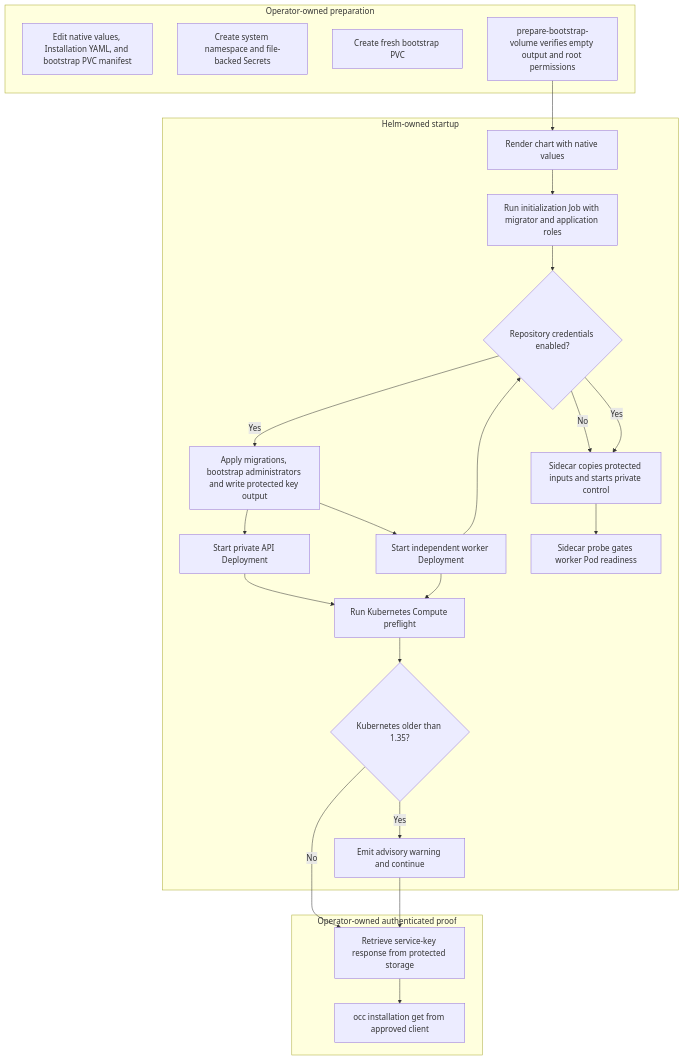
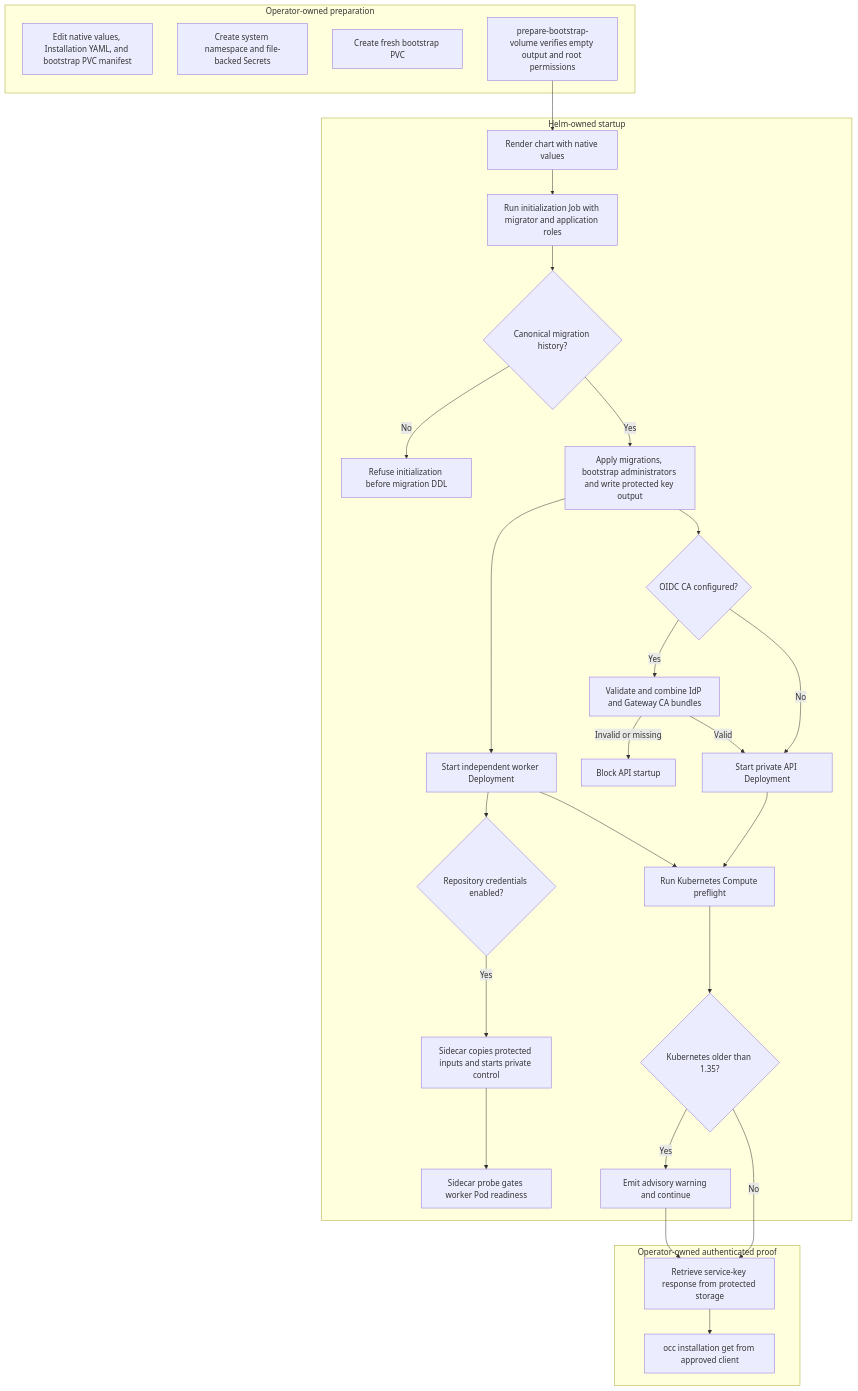
Before and after one commit to openclaw/openclaw-enterprise: the diagram in docs/flows/production-startup.md, drawn with Mermaid. The commit also changed other lines of this file and 16 other files, not shown here.

First line of the commit message:
feat(helm): add API trust for private OIDC CAs

````diff
--- a/docs/flows/production-startup.md
+++ b/docs/flows/production-startup.md
@@ -38,30 +37,34 @@
 ```mermaid
 graph TD
     subgraph Operator["Operator-owned preparation"]
         A["Edit native values, Installation YAML, and bootstrap PVC manifest"]
         B["Create system namespace and file-backed Secrets"]
         C["Create fresh bootstrap PVC"]
         D["prepare-bootstrap-volume verifies empty output and root permissions"]
     end
     subgraph Helm["Helm-owned startup"]
         D --> E["Render chart with native values"]
         E --> F["Run initialization Job with migrator and application roles"]
         F --> O{"Canonical migration history?"}
         O -->|No| P["Refuse initialization before migration DDL"]
         O -->|Yes| G["Apply migrations, bootstrap administrators and write protected key output"]
-        G --> H["Start private API Deployment"]
+        G --> CA{"OIDC CA configured?"}
+        CA -->|No| H["Start private API Deployment"]
+        CA -->|Yes| CB["Validate and combine IdP and Gateway CA bundles"]
+        CB -->|Valid| H
+        CB -->|Invalid or missing| CF["Block API startup"]
         G --> I["Start independent worker Deployment"]
-        I --> O{"Repository credentials enabled?"}
-        O -->|Yes| P["Sidecar copies protected inputs and starts private control"]
-        P --> Q["Sidecar probe gates worker Pod readiness"]
+        I --> R{"Repository credentials enabled?"}
+        R -->|Yes| S["Sidecar copies protected inputs and starts private control"]
+        S --> Q["Sidecar probe gates worker Pod readiness"]
         H --> L["Run Kubernetes Compute preflight"]
         I --> L
         L --> M{"Kubernetes older than 1.35?"}
         M -->|Yes| N["Emit advisory warning and continue"]
     end
     subgraph Proof["Operator-owned authenticated proof"]
         M -->|No| J["Retrieve service-key response from protected storage"]
         N --> J
         J --> K["occ installation get from approved client"]
     end
 ```
````
